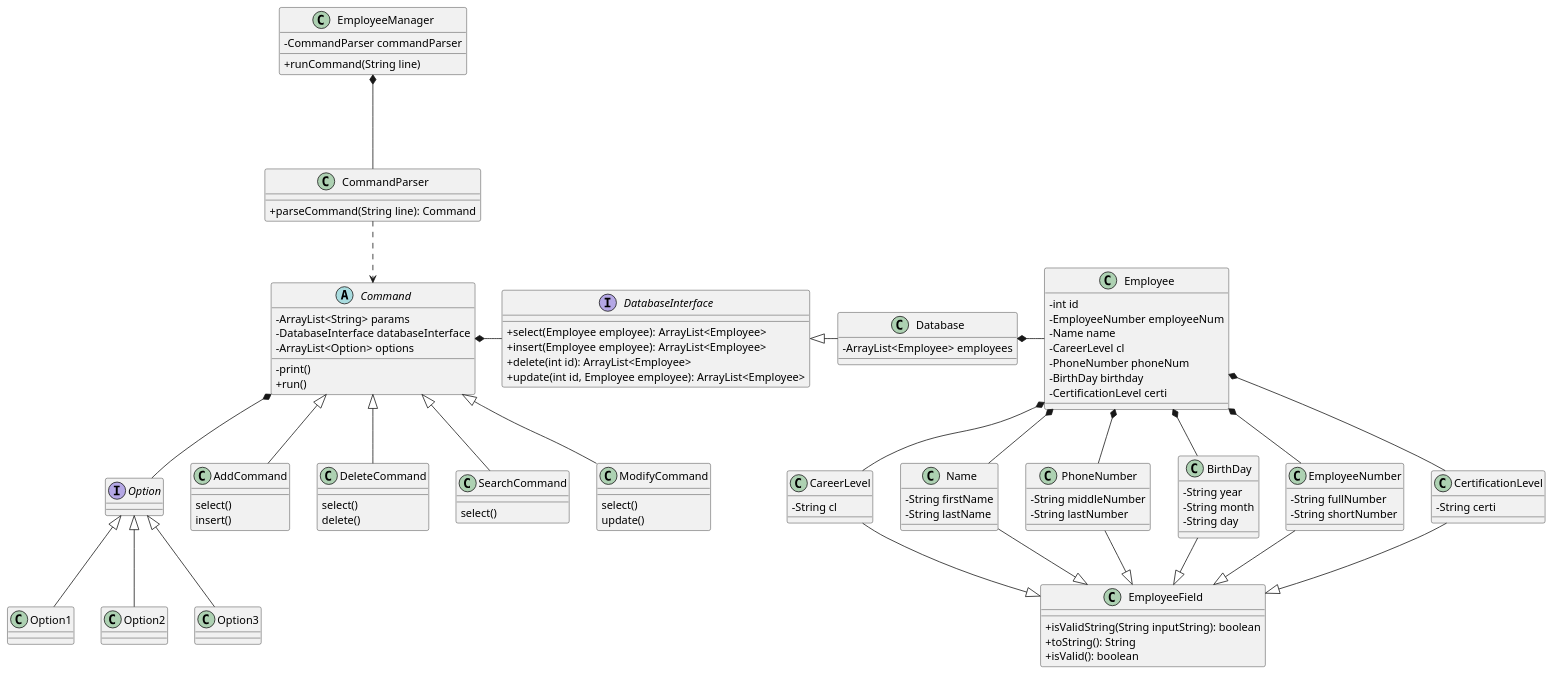
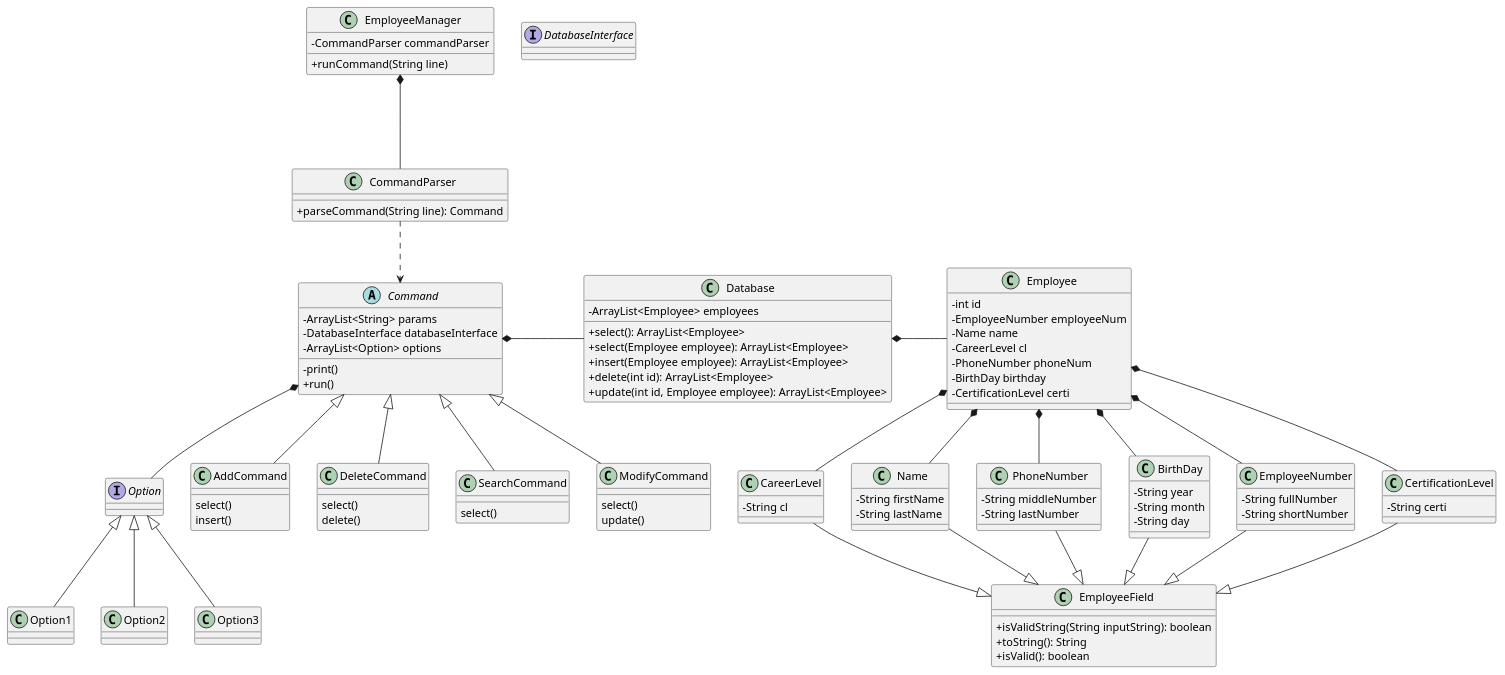
Before and after one commit to heew-choi/among-us: the diagram in doc/ClassDiagram.puml, drawn with PlantUML. The commit also changed 13 other files, not shown here.

```diff
--- a/doc/ClassDiagram.puml
+++ b/doc/ClassDiagram.puml
@@ -1,166 +1,161 @@
 @startuml
 'https://plantuml.com/class-diagram
 
 skinparam classAttributeIconSize 0
 
 Interface DatabaseInterface
 
 class EmployeeManager {
     -CommandParser commandParser
 
     +runCommand(String line)
 }
 
 class Name {
     - String firstName
     - String lastName
 }
 
 class PhoneNumber {
     - String middleNumber
     - String lastNumber
 }
 
 
 class BirthDay {
     - String year
     - String month
     - String day
 }
 
 class EmployeeNumber {
     - String fullNumber
     - String shortNumber
 }
 
 class CertificationLevel {
     - String certi
 }
 
 class CareerLevel {
     - String cl
 }
 
 class Employee {
     -int id
     -EmployeeNumber employeeNum
     -Name name
     -CareerLevel cl
     -PhoneNumber phoneNum
     -BirthDay birthday
     -CertificationLevel certi
 
 '    + getFirstName()
 '    + getLastName()
 }
 
 class EmployeeField {
     + isValidString(String inputString): boolean
     + toString(): String
     + isValid(): boolean
 }
 
 interface Option {
 
 }
 
 class Option1 {
 
 }
 
 class Option2 {
 
 }
 
 class Option3 {
 
 }
 
 'class SearchManager {
 '    + search(): ArrayList<Employee>
 '}
 
 class CommandParser {
     +parseCommand(String line): Command
 }
 
-
-interface DatabaseInterface {
+class Database {
+    +select(): ArrayList<Employee>
     +select(Employee employee): ArrayList<Employee>
     +insert(Employee employee): ArrayList<Employee>
     +delete(int id): ArrayList<Employee>
     +update(int id, Employee employee): ArrayList<Employee>
-}
-
-class Database {
 '    - SearchManager searchManager
     - ArrayList<Employee> employees
 }
 
 abstract class Command {
     - ArrayList<String> params
     - DatabaseInterface databaseInterface
     - ArrayList<Option> options
 '    - Comparable comparable
 
 
     - print()
     + run()
 }
 
 class AddCommand {
     select()
     insert()
 }
 
 class DeleteCommand {
     select()
     delete()
 }
 
 class SearchCommand {
     select()
 }
 
 class ModifyCommand {
     select()
     update()
 }
 CommandParser ..> Command
 EmployeeManager *--- CommandParser
 Database *- Employee
 
 'Database *-- SearchManager
 
 Command <|-- DeleteCommand
 Command <|-- SearchCommand
 Command <|-- ModifyCommand
 
-Command *- DatabaseInterface
+Command *- Database
 Command *-- Option
-
-DatabaseInterface <|- Database
 
 Command <|-- AddCommand
 
 
 Option <|-- Option1
 Option <|-- Option2
 Option <|-- Option3
 
 Employee *-- PhoneNumber
 Employee *-- Name
 Employee *-- BirthDay
 Employee *-- EmployeeNumber
 Employee *-- CareerLevel
 Employee *-- CertificationLevel
 
 PhoneNumber --|> EmployeeField
 Name --|> EmployeeField
 BirthDay --|> EmployeeField
 EmployeeNumber --|> EmployeeField
 CareerLevel --|> EmployeeField
 CertificationLevel --|> EmployeeField
 
 
 @enduml
```
